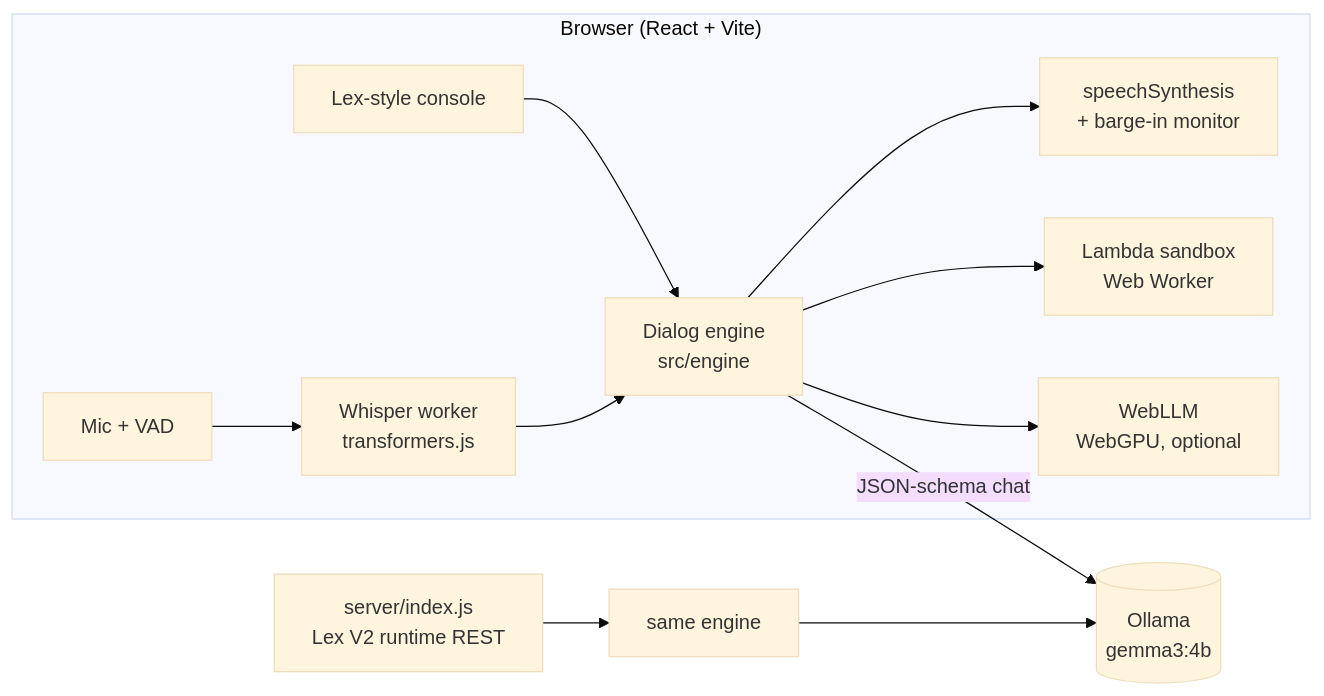
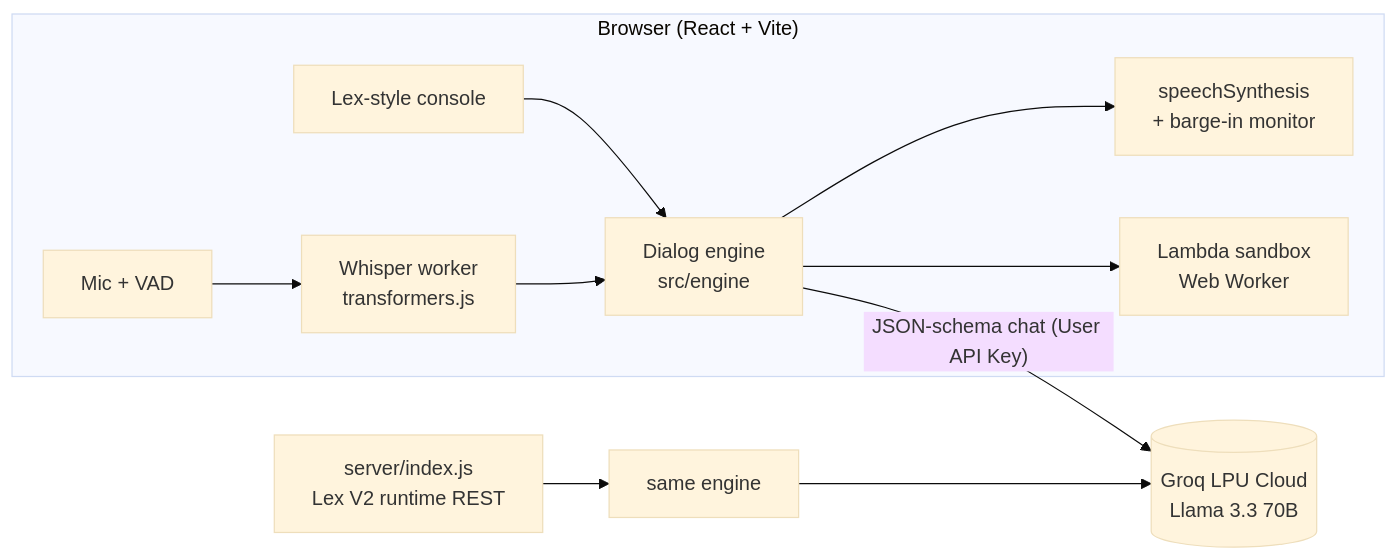
One commit to Tarun-Vaibhav-V/Voles-Lex changed the diagram in README.md. Above: the diagram before and after it, drawn with Mermaid (base theme). The commit also changed other lines of this file and 11 other files, not shown here.

Commit message:
feat: switch to Groq LLM API with secure client-side user API key input

````diff
--- a/README.md
+++ b/README.md
@@ -43,13 +48,12 @@
 ```mermaid
 flowchart LR
   subgraph Browser["Browser (React + Vite)"]
     UI[Lex-style console] --> ENG
     MIC[Mic + VAD] --> WH[Whisper worker<br/>transformers.js]
     WH --> ENG[Dialog engine<br/>src/engine]
     ENG --> TTS[speechSynthesis<br/>+ barge-in monitor]
     ENG --> LW[Lambda sandbox<br/>Web Worker]
-    ENG --> WL[WebLLM<br/>WebGPU, optional]
   end
-  ENG -- JSON-schema chat --> OL[(Ollama<br/>gemma3:4b)]
-  API[server/index.js<br/>Lex V2 runtime REST] --> ENG2[same engine] --> OL
+  ENG -- JSON-schema chat (User API Key) --> GQ[(Groq LPU Cloud<br/>Llama 3.3 70B)]
+  API[server/index.js<br/>Lex V2 runtime REST] --> ENG2[same engine] --> GQ
 ```
````
